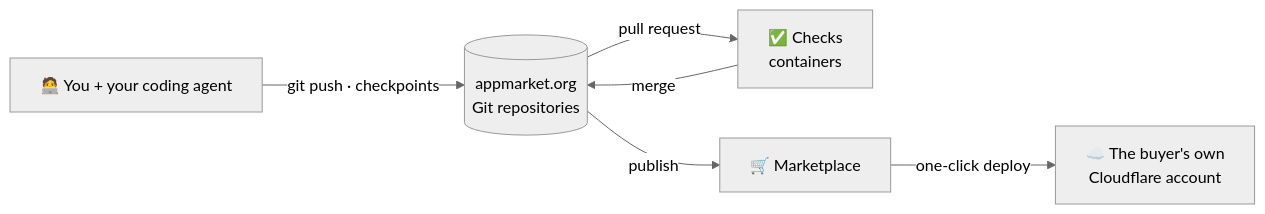
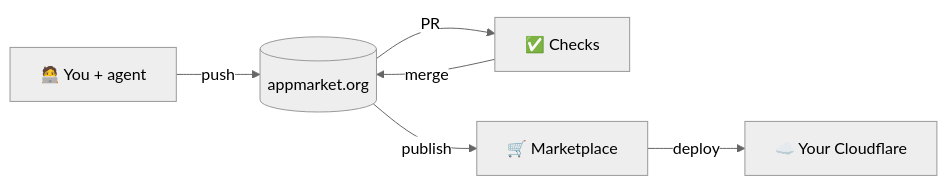
One commit to AppMarket-org/app changed the diagram in README.md. Above: the diagram before and after it, drawn with Mermaid (neutral theme). The commit also changed other lines of this file, not shown here.

Commit message:
README: compact flow diagram

````diff
--- a/README.md
+++ b/README.md
@@ -106,8 +106,8 @@
 ```mermaid
 flowchart LR
-    A["🧑‍💻 You + your coding agent"] -- "git push · checkpoints" --> R[("appmarket.org<br>Git repositories")]
-    R -- "pull request" --> C["✅ Checks<br>containers"]
-    C -- "merge" --> R
-    R -- "publish" --> M["🛒 Marketplace"]
-    M -- "one-click deploy" --> CF["☁️ The buyer's own<br>Cloudflare account"]
+    A["🧑‍💻 You + agent"] -- push --> R[("appmarket.org")]
+    R -- PR --> C["✅ Checks"]
+    C -- merge --> R
+    R -- publish --> M["🛒 Marketplace"]
+    M -- deploy --> CF["☁️ Your Cloudflare"]
 ```
````
